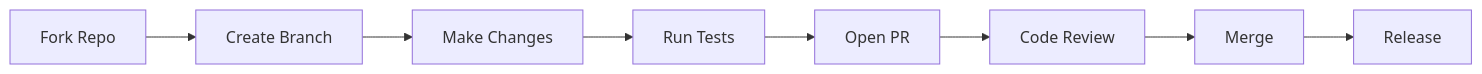
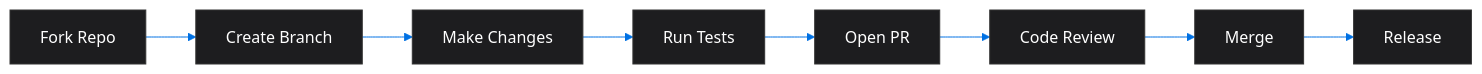
One commit to kleinnner/Anticloud changed the diagram in wiki-content/Contributing.md. Above: the diagram before and after it, drawn with Mermaid. The commit also changed other lines of this file and 27 other files, not shown here.

Commit message:
feat(wiki): full overhaul — 6 new pages, SEO+OG, 11 new Mermaid diagrams, pie/state/sequence/class, badges, link checker CI

````diff
--- a/wiki-content/Contributing.md
+++ b/wiki-content/Contributing.md
@@ -21,10 +50,11 @@
 ```mermaid
+%%{init: { 'theme': 'base', 'themeVariables': { 'primaryColor': '#1d1d1f', 'primaryTextColor': '#fff', 'primaryBorderColor': '#333', 'lineColor': '#0071e3', 'tertiaryColor': '#f5f5f7' } }}%%
 flowchart LR
     FORK[Fork Repo] --> BRANCH[Create Branch]
     BRANCH --> CODE[Make Changes]
     CODE --> TEST[Run Tests]
     TEST --> PR[Open PR]
     PR --> REVIEW[Code Review]
     REVIEW --> MERGE[Merge]
     MERGE --> RELEASE[Release]
 ```
````
